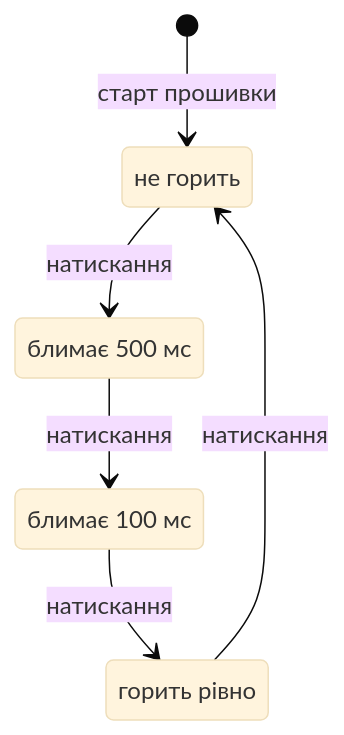
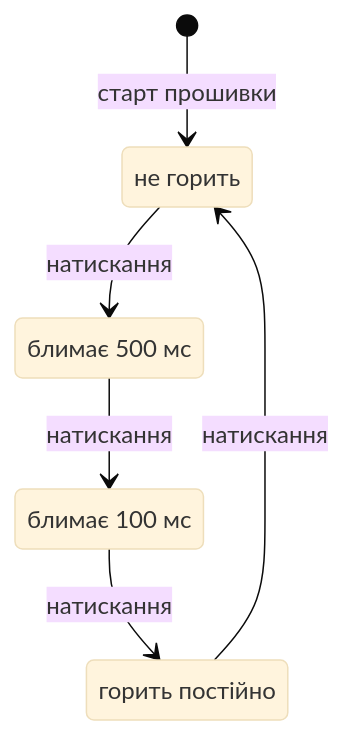
Before and after one commit to vlaslo-butskyi/esp32-dz: the diagram in dz2.8 (STM32 BUTTON)/README.md, drawn with Mermaid (base theme). The commit also changed other lines of this file and 2 other files, not shown here.

````diff
--- a/dz2.8 (STM32 BUTTON)/README.md
+++ b/dz2.8 (STM32 BUTTON)/README.md
@@ -24,13 +29,13 @@
 ```mermaid
 stateDiagram-v2
     state "не горить" as OFF
     state "блимає 500 мс" as SLOW
     state "блимає 100 мс" as FAST
-    state "горить рівно" as SOLID
+    state "горить постійно" as SOLID
 
     [*] --> OFF : старт прошивки
     OFF --> SLOW : натискання
     SLOW --> FAST : натискання
     FAST --> SOLID : натискання
     SOLID --> OFF : натискання
 ```
````
